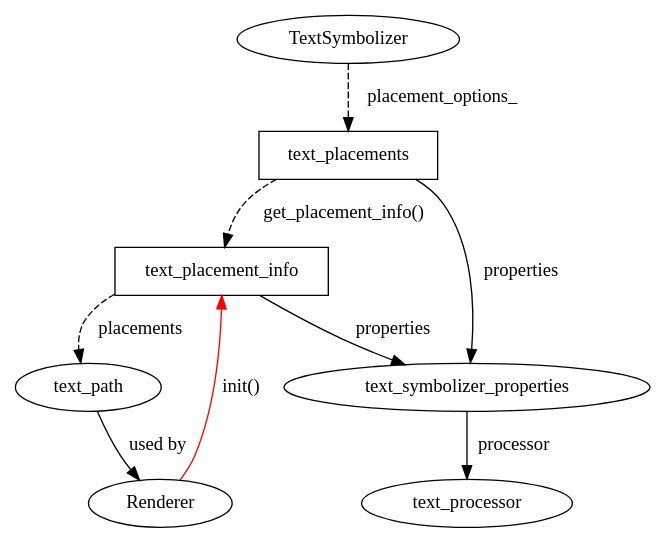
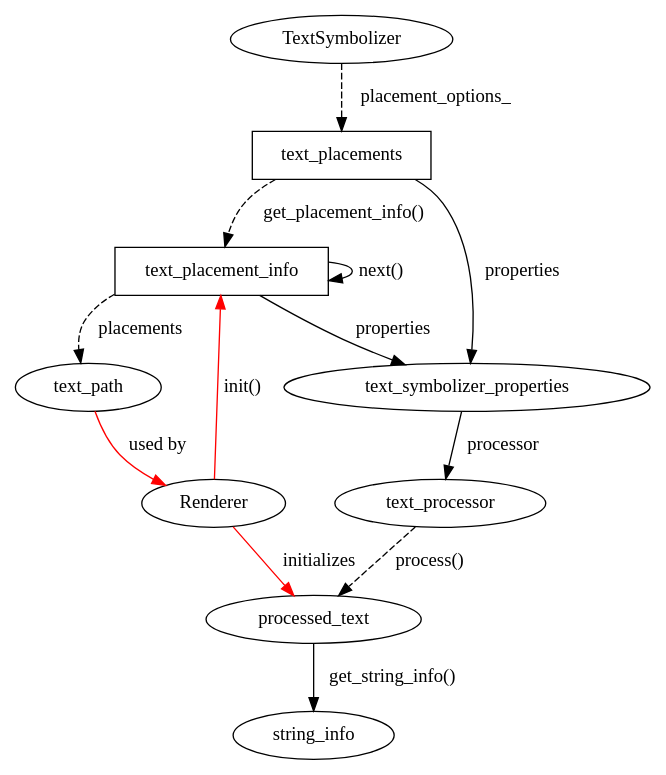
The diagram in docs/textrendering.gv (mapnik/mapnik), drawn with Graphviz before and after one commit. The commit also changed 1 other file, not shown here.

```diff
--- a/docs/textrendering.gv
+++ b/docs/textrendering.gv
@@ -1,20 +1,24 @@
 #process with: dot textrendering.gv -Tpng > textrendering.png
 digraph textrendering {
 # Classes without important virtual members: Round
 # Classes with    important virtual members: Rect
 # Pointers [style=dashed]
 # Red: function is called
   text_placements[shape=box]
   text_placement_info[shape=box]
   Renderer
 
   TextSymbolizer -> text_placements [label="placement_options_", style=dashed]
   text_placements -> text_symbolizer_properties [label="properties"]
   text_placements -> text_placement_info [label="get_placement_info()", style=dashed]
   text_placement_info -> text_symbolizer_properties [label="properties"]
   text_placement_info -> text_path [label="placements", style=dashed]
+  text_placement_info -> text_placement_info [label="next()"]
   text_symbolizer_properties -> text_processor [label="processor"]
-  text_path -> Renderer [label="used by"]
+  text_processor ->  processed_text [label="process()", style=dashed]
+  processed_text -> string_info [label="get_string_info()"]
+  text_path -> Renderer [color=red, label="used by"]
   Renderer -> text_placement_info [color=red, label="init()"]
+  Renderer -> processed_text [color=red, label="initializes"]
   
 }
```
